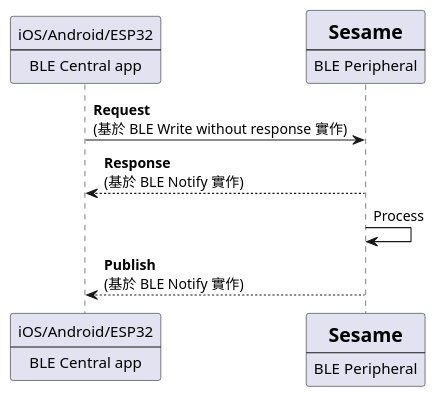
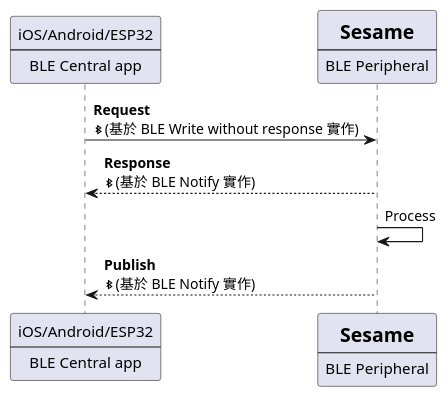
One commit to CANDY-HOUSE/.github changed the diagram in profile/uml/uml_input/request_response_publish.plantuml. Above: the diagram before and after it, drawn with PlantUML.

```diff
--- a/profile/uml/uml_input/request_response_publish.plantuml
+++ b/profile/uml/uml_input/request_response_publish.plantuml
@@ -1,18 +1,18 @@
 @startuml
 participant BLEcentral [
     iOS/Android/ESP32
     ----
     BLE Central app
 ]
 participant Server [
     =Sesame
     ----
     BLE Peripheral
 ]
 
-BLEcentral -> Server: **Request**\n(基於 BLE Write without response 實作)
-Server --> BLEcentral: **Response**\n(基於 BLE Notify 實作)
+BLEcentral -> Server: **Request**\n<&bluetooth>(基於 BLE Write without response 實作)
+Server --> BLEcentral: **Response**\n<&bluetooth>(基於 BLE Notify 實作)
 Server -> Server: Process
-Server --> BLEcentral: **Publish**\n(基於 BLE Notify 實作)
+Server --> BLEcentral: **Publish**\n<&bluetooth>(基於 BLE Notify 實作)
 
 @enduml
```
